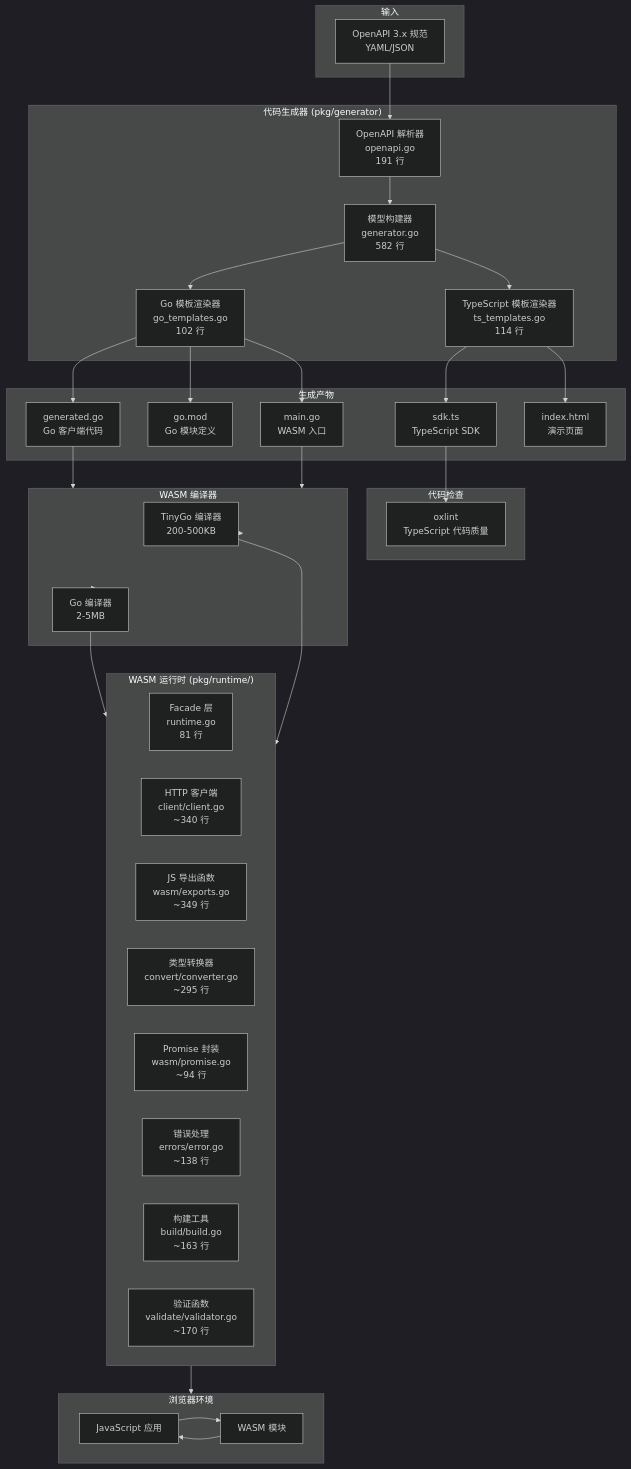
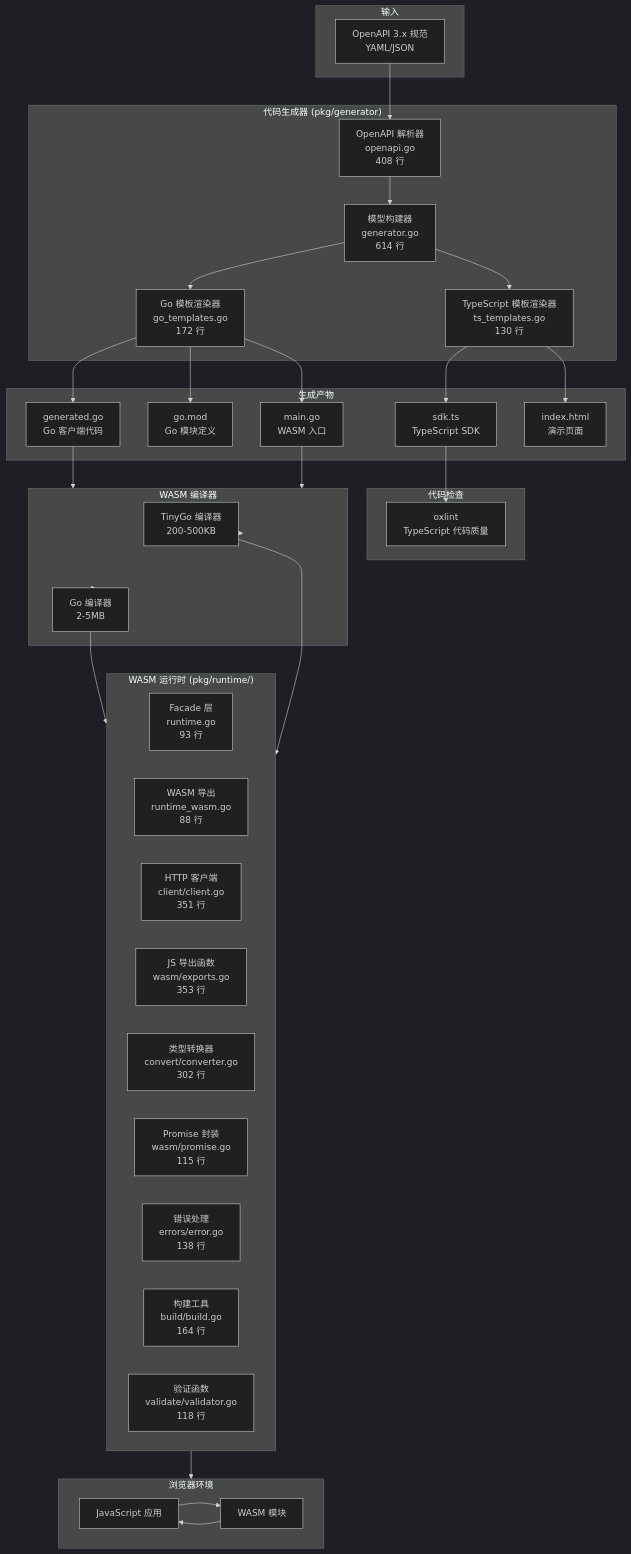
One commit to fred29910/go_wasm_lib2 changed the first of 6 diagrams in docs/architecture.md. Above: the diagram before and after it, drawn with Mermaid (dark theme). The commit also changed other lines of this file and 5 other files, not shown here.

````diff
--- a/docs/architecture.md
+++ b/docs/architecture.md
@@ -9,69 +9,70 @@
 ```mermaid
 flowchart TB
     subgraph Input["输入"]
         OpenAPI[OpenAPI 3.x 规范<br/>YAML/JSON]
     end
 
     subgraph Generator["代码生成器 (pkg/generator)"]
-        Parser[OpenAPI 解析器<br/>openapi.go<br/>191 行]
-        ModelBuilder[模型构建器<br/>generator.go<br/>582 行]
-        GoRenderer[Go 模板渲染器<br/>go_templates.go<br/>102 行]
-        TSRenderer[TypeScript 模板渲染器<br/>ts_templates.go<br/>114 行]
+        Parser[OpenAPI 解析器<br/>openapi.go<br/>408 行]
+        ModelBuilder[模型构建器<br/>generator.go<br/>614 行]
+        GoRenderer[Go 模板渲染器<br/>go_templates.go<br/>172 行]
+        TSRenderer[TypeScript 模板渲染器<br/>ts_templates.go<br/>130 行]
     end
 
     subgraph Output["生成产物"]
         GeneratedGo[generated.go<br/>Go 客户端代码]
         GeneratedMod[go.mod<br/>Go 模块定义]
         GeneratedMain[main.go<br/>WASM 入口]
         GeneratedTS[sdk.ts<br/>TypeScript SDK]
         GeneratedHTML[index.html<br/>演示页面]
     end
 
     subgraph Compiler["WASM 编译器"]
         TinyGo[TinyGo 编译器<br/>200-500KB]
         GoCompiler[Go 编译器<br/>2-5MB]
     end
 
     subgraph Runtime["WASM 运行时 (pkg/runtime/)"]
-        RuntimeFacade[Facade 层<br/>runtime.go<br/>81 行]
-        Client[HTTP 客户端<br/>client/client.go<br/>~340 行]
-        Exports[JS 导出函数<br/>wasm/exports.go<br/>~349 行]
-        Converter[类型转换器<br/>convert/converter.go<br/>~295 行]
-        Promise[Promise 封装<br/>wasm/promise.go<br/>~94 行]
-        Error[错误处理<br/>errors/error.go<br/>~138 行]
-        Build[构建工具<br/>build/build.go<br/>~163 行]
-        Validate[验证函数<br/>validate/validator.go<br/>~170 行]
+        RuntimeFacade[Facade 层<br/>runtime.go<br/>93 行]
+        RuntimeWasm[WASM 导出<br/>runtime_wasm.go<br/>88 行]
+        Client[HTTP 客户端<br/>client/client.go<br/>351 行]
+        Exports[JS 导出函数<br/>wasm/exports.go<br/>353 行]
+        Converter[类型转换器<br/>convert/converter.go<br/>302 行]
+        Promise[Promise 封装<br/>wasm/promise.go<br/>115 行]
+        Error[错误处理<br/>errors/error.go<br/>138 行]
+        Build[构建工具<br/>build/build.go<br/>164 行]
+        Validate[验证函数<br/>validate/validator.go<br/>118 行]
     end
 
     subgraph Lint["代码检查"]
         Oxlint[oxlint<br/>TypeScript 代码质量]
     end
 
     subgraph Browser["浏览器环境"]
         JS[JavaScript 应用]
         WASM[WASM 模块]
     end
 
     OpenAPI --> Parser
     Parser --> ModelBuilder
     ModelBuilder --> GoRenderer
     ModelBuilder --> TSRenderer
     GoRenderer --> GeneratedGo
     GoRenderer --> GeneratedMod
     GoRenderer --> GeneratedMain
     TSRenderer --> GeneratedTS
     TSRenderer --> GeneratedHTML
 
     GeneratedGo --> Compiler
     GeneratedMain --> Compiler
     Compiler --> TinyGo
     Compiler --> GoCompiler
 
     TinyGo --> Runtime
     GoCompiler --> Runtime
 
     GeneratedTS --> Oxlint
     Runtime --> Browser
     JS --> WASM
     WASM --> JS
 ```
````
